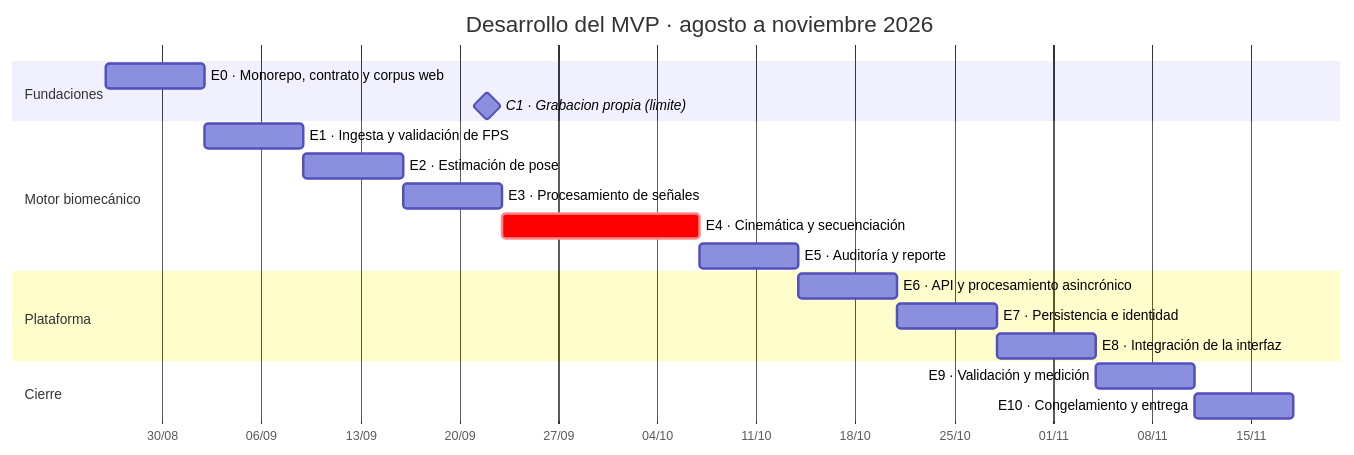
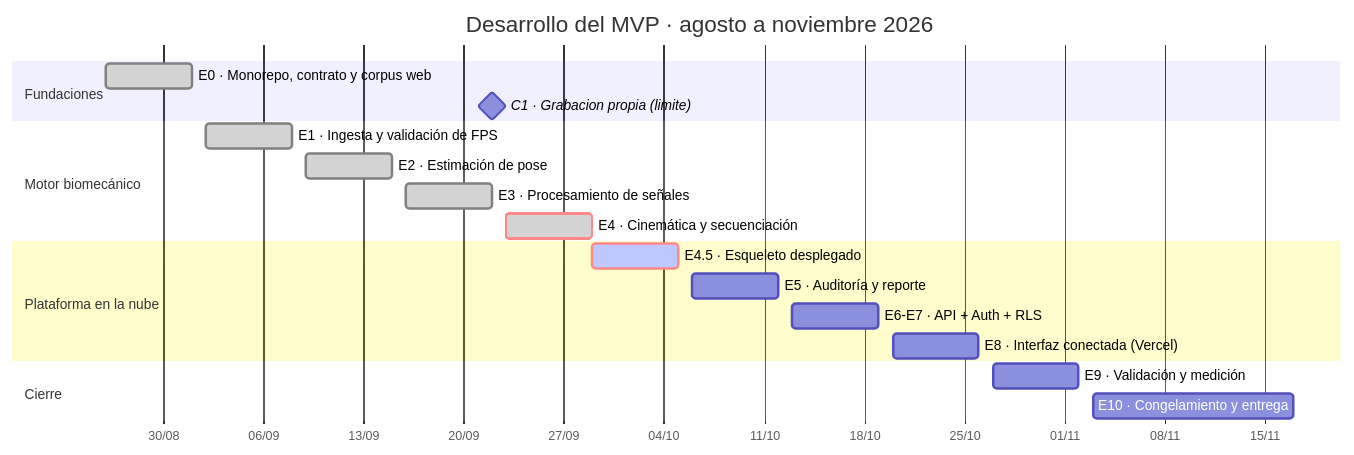
Before and after one commit to vcapelloramil/motion-biomech-detect: the diagram in docs/plan-desarrollo.md, drawn with Mermaid. The commit also changed other lines of this file and 1 other file, not shown here.

First line of the commit message:
docs: CLAUDE.md al dia (despliegue en la nube, estado de la Etapa 4) y plan de la Etapa 4.5

````diff
--- a/docs/plan-desarrollo.md
+++ b/docs/plan-desarrollo.md
@@ -50,23 +50,23 @@
 ```mermaid
 gantt
     dateFormat YYYY-MM-DD
     axisFormat %d/%m
     title Desarrollo del MVP · agosto a noviembre 2026
 
     section Fundaciones
-    E0 · Monorepo, contrato y corpus web :e0, 2026-08-26, 7d
+    E0 · Monorepo, contrato y corpus web :done, e0, 2026-08-26, 2026-09-01
     C1 · Grabacion propia (limite)      :milestone, c1, 2026-09-22, 0d
     section Motor biomecánico
-    E1 · Ingesta y validación de FPS    :e1, after e0, 7d
-    E2 · Estimación de pose             :e2, after e1, 7d
-    E3 · Procesamiento de señales       :e3, after e2, 7d
-    E4 · Cinemática y secuenciación     :crit, e4, after e3, 14d
-    E5 · Auditoría y reporte            :e5, after e4, 7d
-    section Plataforma
-    E6 · API y procesamiento asincrónico :e6, after e5, 7d
-    E7 · Persistencia e identidad       :e7, after e6, 7d
-    E8 · Integración de la interfaz     :e8, after e7, 7d
+    E1 · Ingesta y validación de FPS    :done, e1, 2026-09-02, 2026-09-08
+    E2 · Estimación de pose             :done, e2, 2026-09-09, 2026-09-15
+    E3 · Procesamiento de señales       :done, e3, 2026-09-16, 2026-09-22
+    E4 · Cinemática y secuenciación     :done, crit, e4, 2026-09-23, 2026-09-29
+    section Plataforma en la nube
+    E4.5 · Esqueleto desplegado         :active, crit, e45, 2026-09-29, 2026-10-05
+    E5 · Auditoría y reporte            :e5, 2026-10-06, 2026-10-12
+    E6-E7 · API + Auth + RLS            :e67, 2026-10-13, 2026-10-19
+    E8 · Interfaz conectada (Vercel)    :e8, 2026-10-20, 2026-10-26
     section Cierre
-    E9 · Validación y medición          :e9, after e8, 7d
-    E10 · Congelamiento y entrega       :e10, after e9, 7d
+    E9 · Validación y medición          :e9, 2026-10-27, 2026-11-02
+    E10 · Congelamiento y entrega       :e10, 2026-11-03, 2026-11-17
 ```
````
